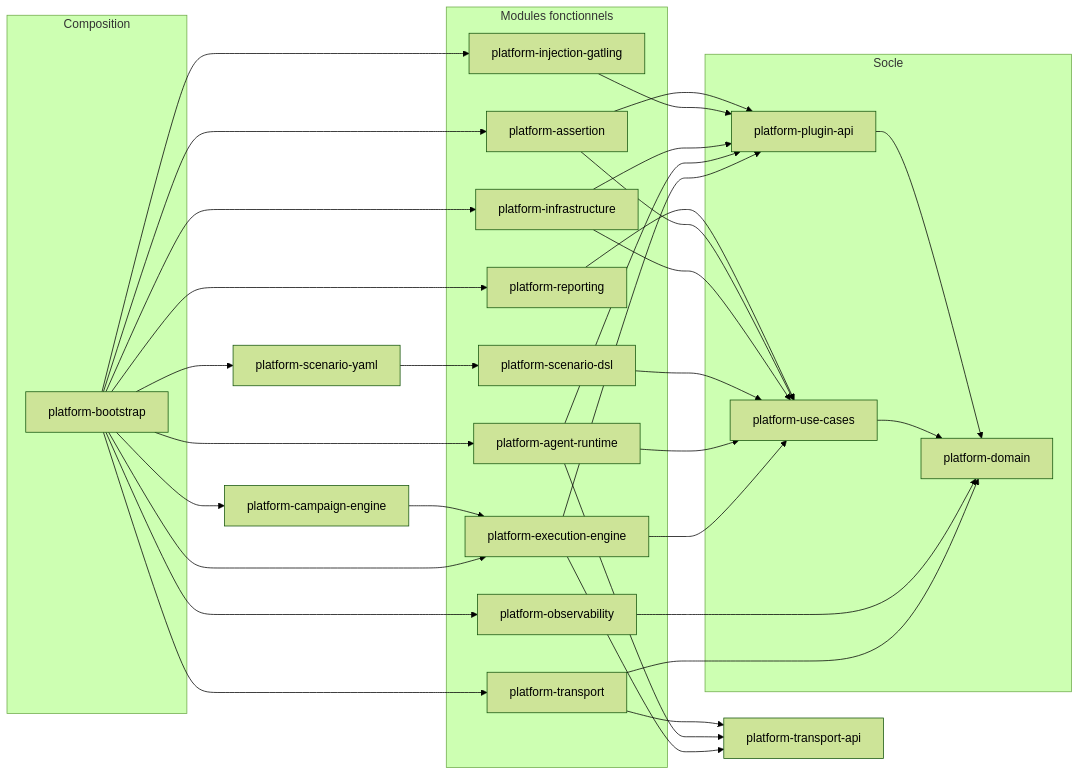
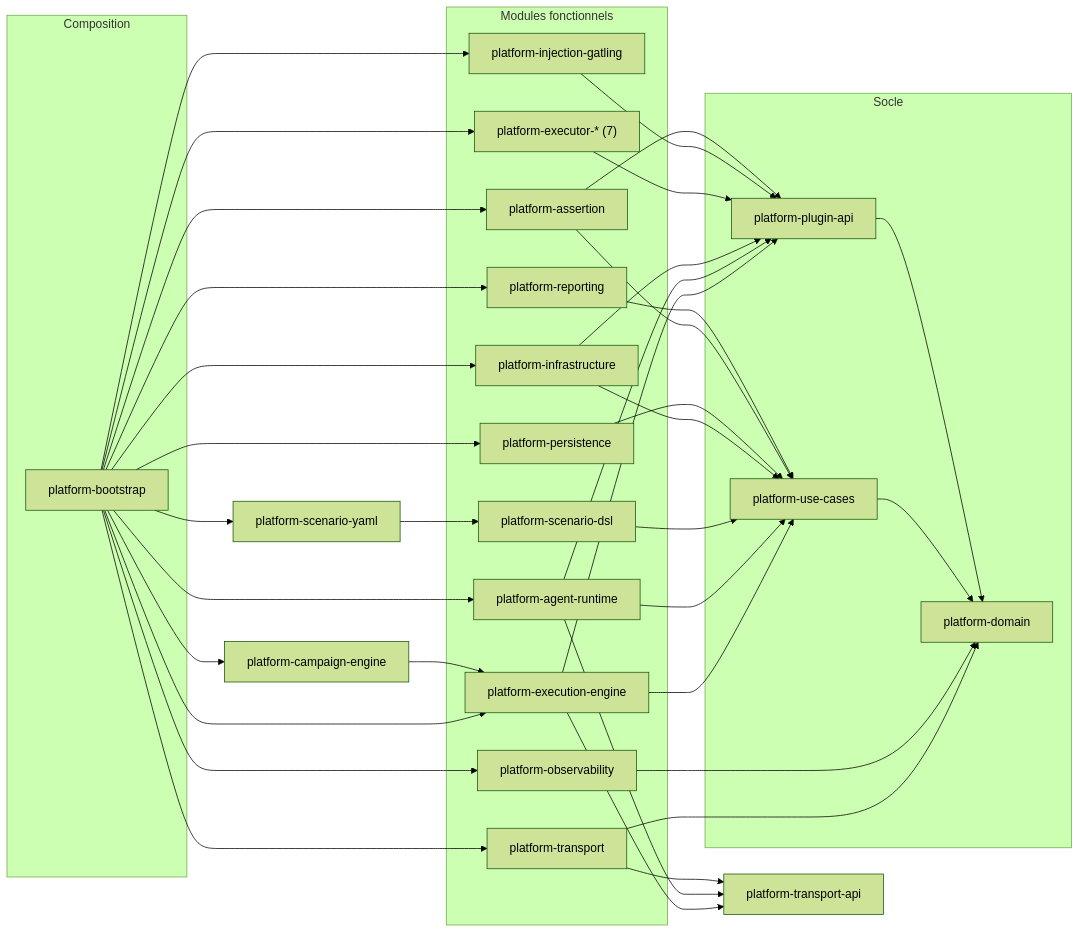
Before and after one commit to DIFRIN/performance-platform: the second of 8 diagrams in docs/knowledge/architecture.md, drawn with Mermaid (forest theme). The commit also changed other lines of this file and 468 other files, not shown here.

````diff
--- a/docs/knowledge/architecture.md
+++ b/docs/knowledge/architecture.md
@@ -250,57 +300,63 @@
 ```mermaid
 flowchart LR
   subgraph COMPOSITION["Composition"]
     APP["platform-bootstrap"]
   end
 
   subgraph MODULES["Modules fonctionnels"]
     ENGINE["platform-execution-engine"]
     AGENT["platform-agent-runtime"]
     DSL["platform-scenario-dsl"]
     TRANSPORT["platform-transport"]
     INFRA["platform-infrastructure"]
+    PERSIST["platform-persistence"]
+    EXECUTORS["platform-executor-* (7)"]
     GATLING["platform-injection-gatling"]
     ASSERT["platform-assertion"]
     REPORT["platform-reporting"]
     OBS["platform-observability"]
   end
 
   subgraph FOUNDATION["Socle"]
     PORTS["platform-use-cases"]
     PLUGIN["platform-plugin-api"]
     DOMAIN["platform-domain"]
   end
 
   APP --> ENGINE
   APP --> AGENT
   APP --> INFRA
+  APP --> PERSIST
+  APP --> EXECUTORS
   APP --> GATLING
   APP --> ASSERT
   APP --> REPORT
   APP --> OBS
   APP --> TRANSPORT
 
   ENGINE --> PORTS
   ENGINE --> PLUGIN
   ENGINE --> TRANSPORT_API["platform-transport-api"]
   AGENT --> PORTS
   AGENT --> PLUGIN
   AGENT --> TRANSPORT_API
   TRANSPORT --> TRANSPORT_API
   CAMPAIGN["platform-campaign-engine"] --> ENGINE
   APP --> CAMPAIGN
   YAML["platform-scenario-yaml"] --> DSL
   APP --> YAML
   DSL --> PORTS
   TRANSPORT --> DOMAIN
   INFRA --> PORTS
   INFRA --> PLUGIN
+  PERSIST --> PORTS
+  EXECUTORS --> PLUGIN
   GATLING --> PLUGIN
   ASSERT --> PORTS
   ASSERT --> PLUGIN
   REPORT --> PORTS
   OBS --> DOMAIN
 
   PORTS --> DOMAIN
   PLUGIN --> DOMAIN
 ```
````
